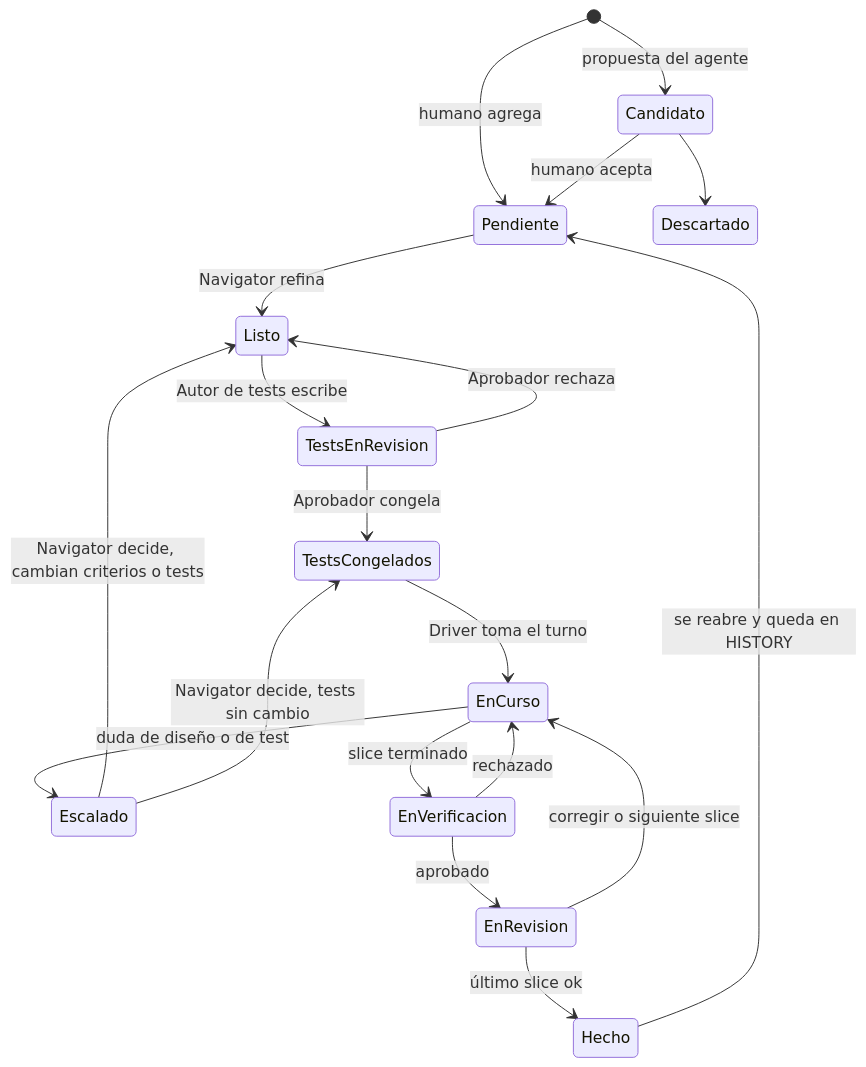
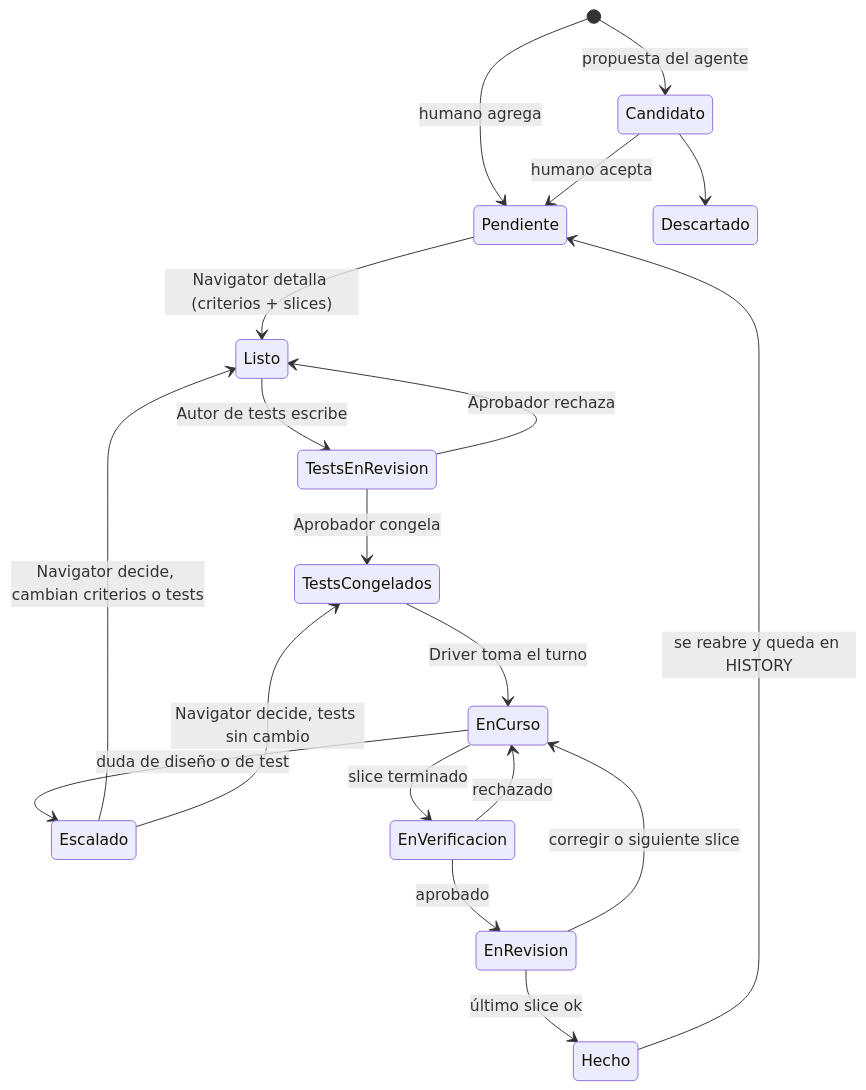
Before and after one commit to Zartaroth/baton: the first of 3 diagrams in METODOLOGIA.md, drawn with Mermaid. The commit also changed other lines of this file and 36 other files, not shown here.

````diff
--- a/METODOLOGIA.md
+++ b/METODOLOGIA.md
@@ -248,21 +273,21 @@
 ```mermaid
 stateDiagram-v2
     [*] --> Candidato: propuesta del agente
     [*] --> Pendiente: humano agrega
     Candidato --> Pendiente: humano acepta
     Candidato --> Descartado
-    Pendiente --> Listo: Navigator refina
+    Pendiente --> Listo: Navigator detalla (criterios + slices)
     Listo --> TestsEnRevision: Autor de tests escribe
     TestsEnRevision --> Listo: Aprobador rechaza
     TestsEnRevision --> TestsCongelados: Aprobador congela
     TestsCongelados --> EnCurso: Driver toma el turno
     EnCurso --> Escalado: duda de diseño o de test
     Escalado --> Listo: Navigator decide, cambian criterios o tests
     Escalado --> TestsCongelados: Navigator decide, tests sin cambio
     EnCurso --> EnVerificacion: slice terminado
     EnVerificacion --> EnCurso: rechazado
     EnVerificacion --> EnRevision: aprobado
     EnRevision --> EnCurso: corregir o siguiente slice
     EnRevision --> Hecho: último slice ok
     Hecho --> Pendiente: se reabre y queda en HISTORY
 ```
````
